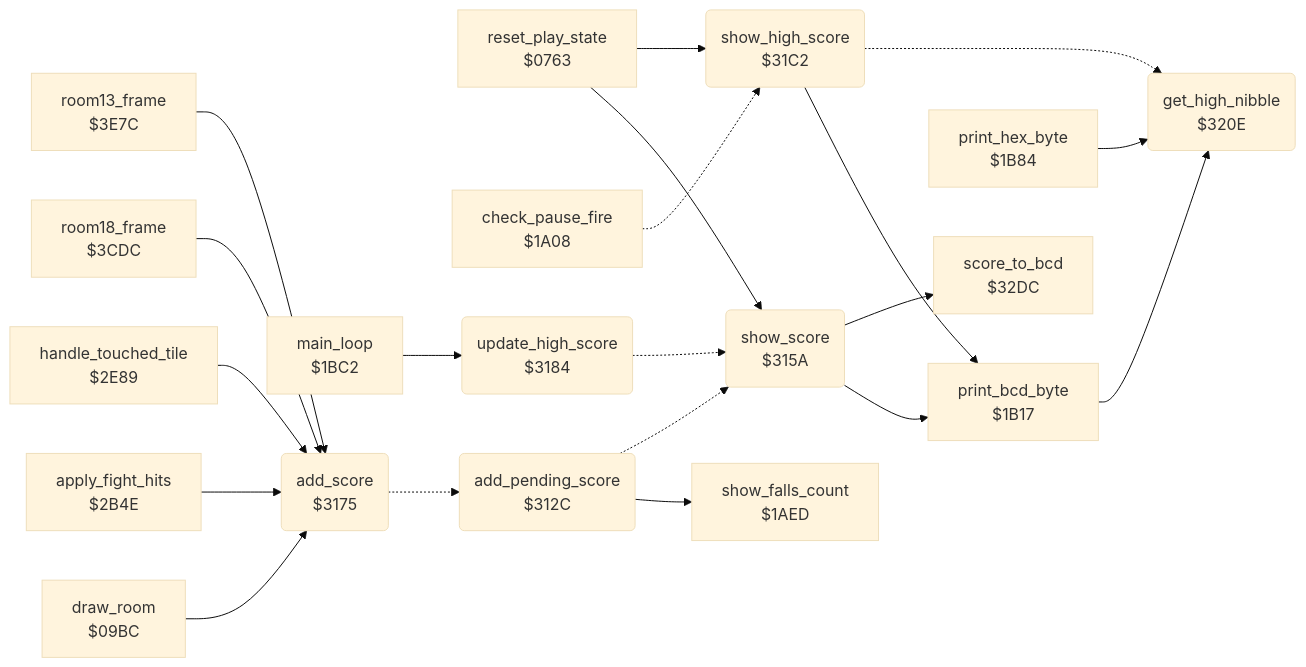
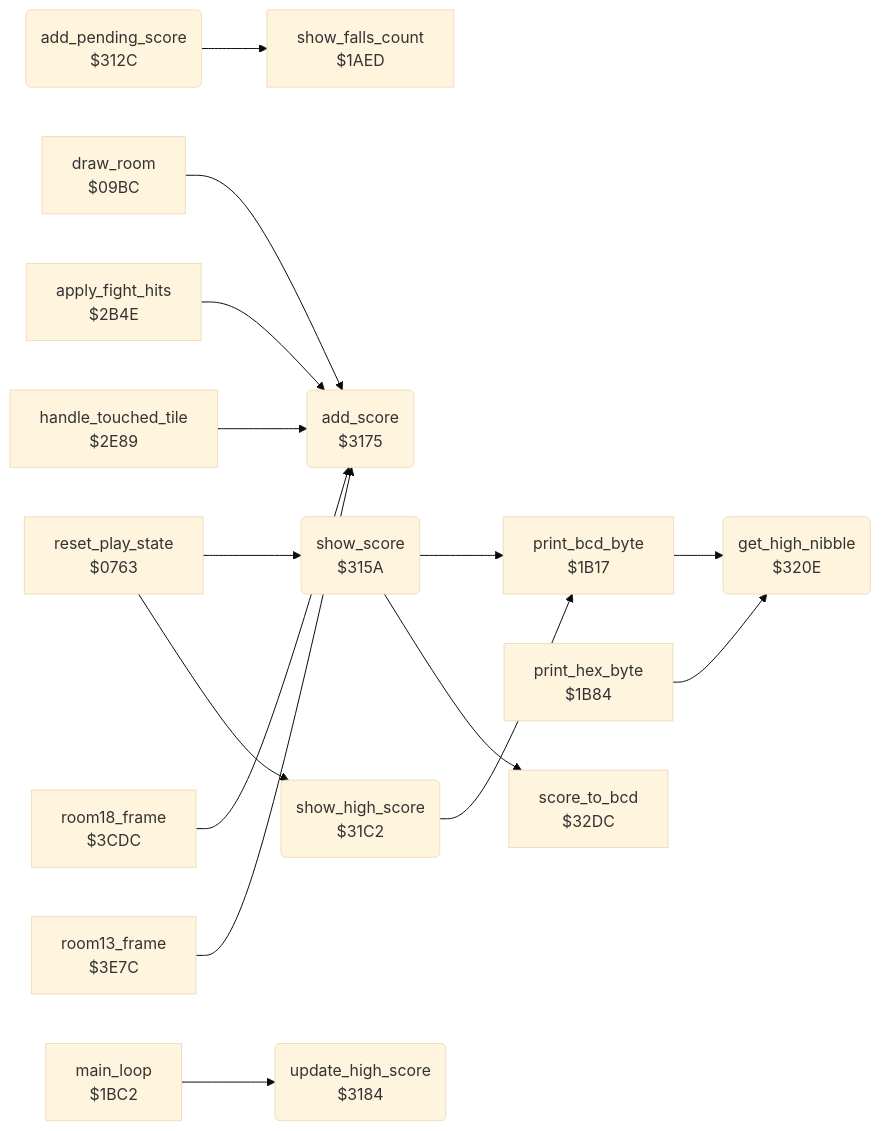
One commit to henols/c64_games changed the diagram in bruce_lee/docs/reference/modules/game/score.md. Above: the diagram before and after it, drawn with Mermaid (base theme). The commit also changed other lines of this file and 236 other files, not shown here.

````diff
--- a/bruce_lee/docs/reference/modules/game/score.md
+++ b/bruce_lee/docs/reference/modules/game/score.md
@@ -10,40 +21,34 @@
 ```mermaid
 flowchart LR
   n0763["reset_play_state<br/>$0763"]
   n09bc["draw_room<br/>$09BC"]
-  n1a08["check_pause_fire<br/>$1A08"]
   n1aed["show_falls_count<br/>$1AED"]
   n1b17["print_bcd_byte<br/>$1B17"]
   n1b84["print_hex_byte<br/>$1B84"]
   n1bc2["main_loop<br/>$1BC2"]
   n2b4e["apply_fight_hits<br/>$2B4E"]
   n2e89["handle_touched_tile<br/>$2E89"]
   n312c("add_pending_score<br/>$312C")
   n315a("show_score<br/>$315A")
   n3175("add_score<br/>$3175")
   n3184("update_high_score<br/>$3184")
   n31c2("show_high_score<br/>$31C2")
   n320e("get_high_nibble<br/>$320E")
   n32dc["score_to_bcd<br/>$32DC"]
   n3cdc["room18_frame<br/>$3CDC"]
   n3e7c["room13_frame<br/>$3E7C"]
   n0763 --> n315a
   n0763 --> n31c2
   n09bc --> n3175
-  n1a08 -.-> n31c2
   n1b17 --> n320e
   n1b84 --> n320e
   n1bc2 --> n3184
   n2b4e --> n3175
   n2e89 --> n3175
   n312c --> n1aed
-  n312c -.-> n315a
   n315a --> n1b17
   n315a --> n32dc
-  n3175 -.-> n312c
-  n3184 -.-> n315a
   n31c2 --> n1b17
-  n31c2 -.-> n320e
   n3cdc --> n3175
   n3e7c --> n3175
 ```
````
